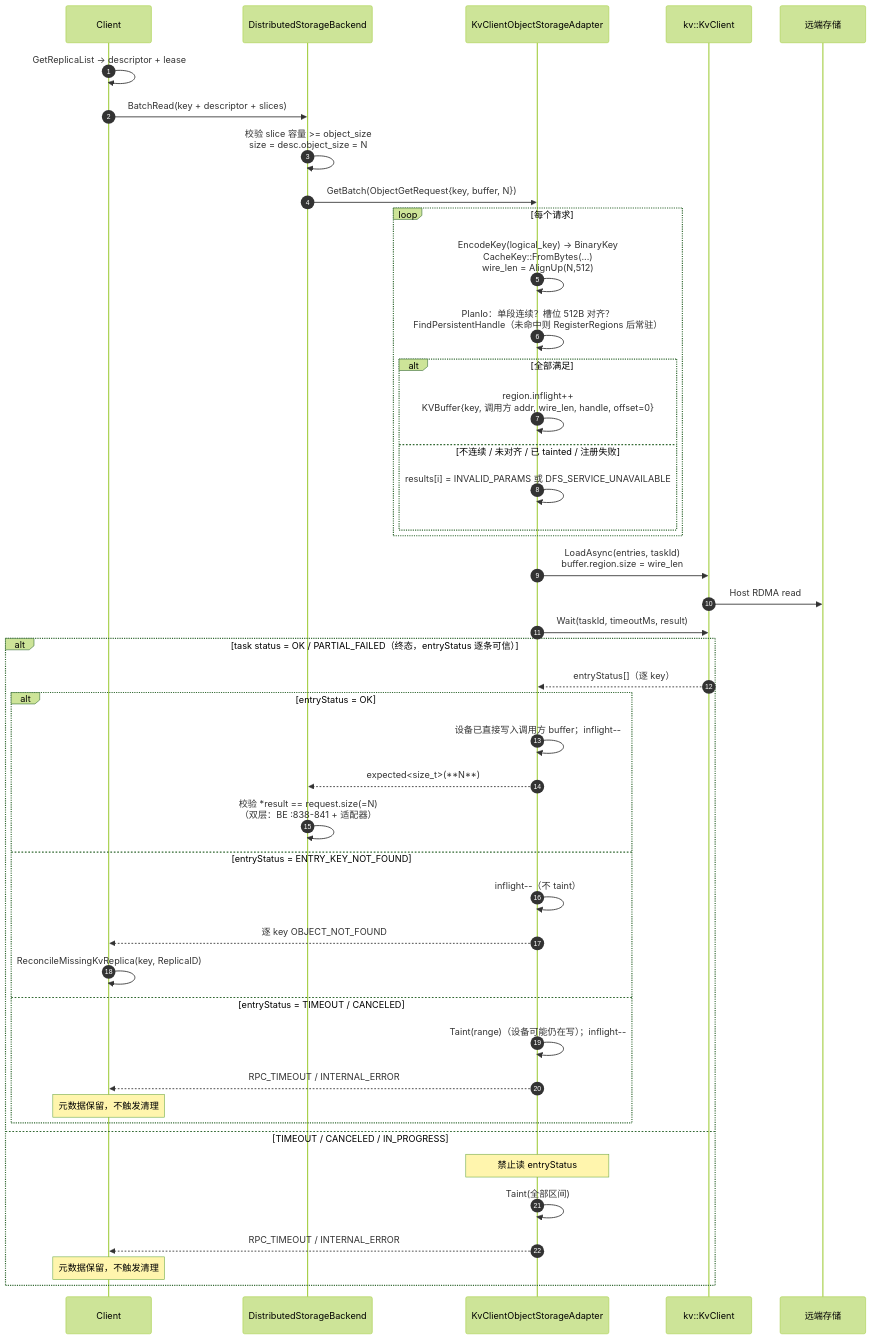
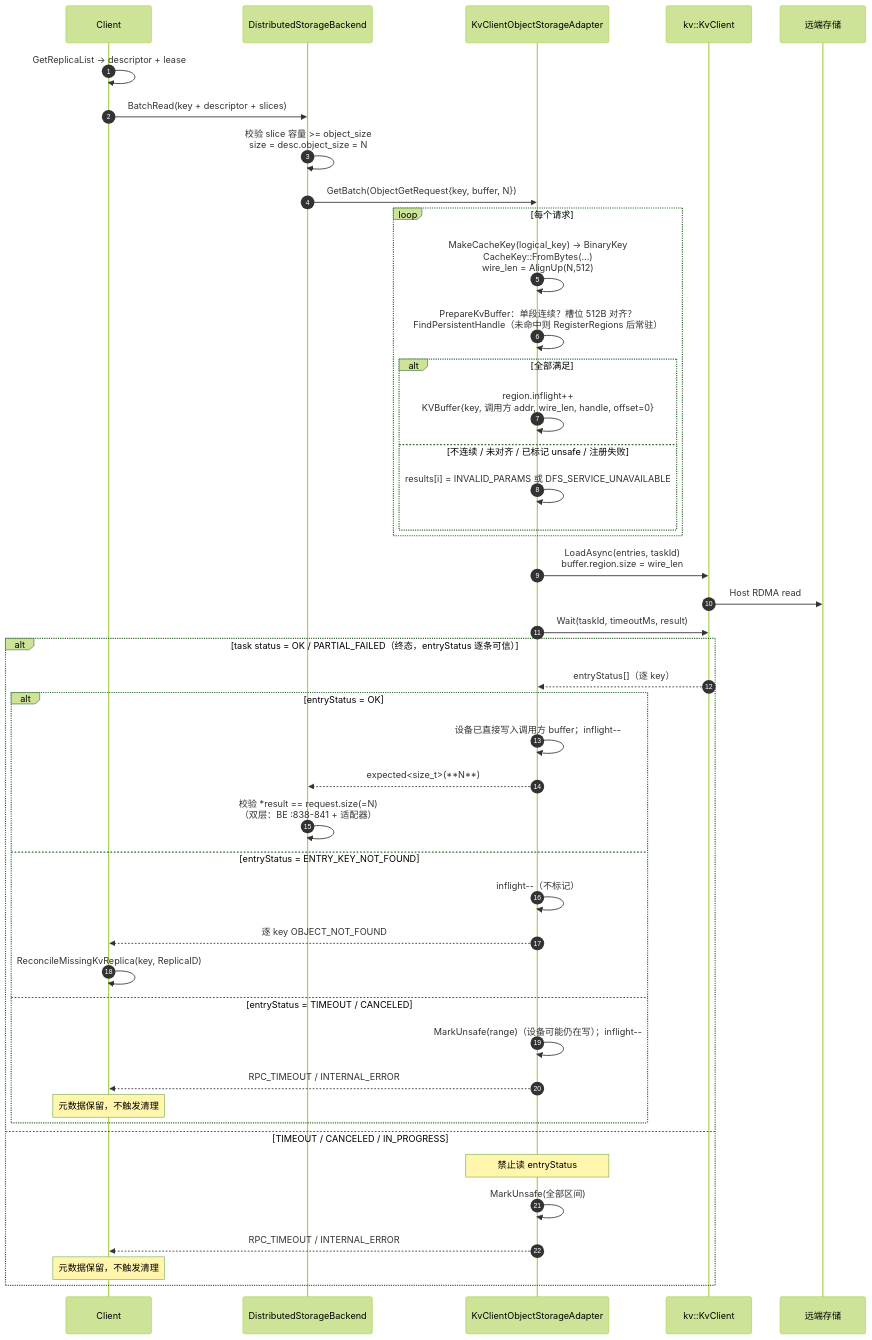
Before and after one commit to zwj20000328-dotcom/Mooncake-documents: the tenth of 13 diagrams in Mooncake + KVClient L3 接入（Kvcs）- v3.md, drawn with Mermaid (forest theme). The commit also changed other lines of this file, not shown here.

First line of the commit message:
docs: align adapter naming with ASUStore vocabulary

````diff
--- a/Mooncake + KVClient L3 接入（Kvcs）- v3.md
+++ b/Mooncake + KVClient L3 接入（Kvcs）- v3.md
@@ -638,47 +638,47 @@
 ```mermaid
 sequenceDiagram
     autonumber
     participant C as Client
     participant BE as DistributedStorageBackend
     participant AD as KvClientObjectStorageAdapter
     participant SDK as kv::KvClient
     participant S as 远端存储
 
     C->>C: GetReplicaList → descriptor + lease
     C->>BE: BatchRead(key + descriptor + slices)
     BE->>BE: 校验 slice 容量 >= object_size<br/>size = desc.object_size = N
     BE->>AD: GetBatch(ObjectGetRequest{key, buffer, N})
     loop 每个请求
-        AD->>AD: EncodeKey(logical_key) → BinaryKey<br/>CacheKey::FromBytes(...)<br/>wire_len = AlignUp(N,512)
-        AD->>AD: PlanIo：单段连续？槽位 512B 对齐？<br/>FindPersistentHandle（未命中则 RegisterRegions 后常驻）
+        AD->>AD: MakeCacheKey(logical_key) → BinaryKey<br/>CacheKey::FromBytes(...)<br/>wire_len = AlignUp(N,512)
+        AD->>AD: PrepareKvBuffer：单段连续？槽位 512B 对齐？<br/>FindPersistentHandle（未命中则 RegisterRegions 后常驻）
         alt 全部满足
             AD->>AD: region.inflight++<br/>KVBuffer{key, 调用方 addr, wire_len, handle, offset=0}
-        else 不连续 / 未对齐 / 已 tainted / 注册失败
+        else 不连续 / 未对齐 / 已标记 unsafe / 注册失败
             AD->>AD: results[i] = INVALID_PARAMS 或 DFS_SERVICE_UNAVAILABLE
         end
     end
     AD->>SDK: LoadAsync(entries, taskId)<br/>buffer.region.size = wire_len
     SDK->>S: Host RDMA read
     AD->>SDK: Wait(taskId, timeoutMs, result)
     alt task status = OK / PARTIAL_FAILED（终态，entryStatus 逐条可信）
         SDK-->>AD: entryStatus[]（逐 key）
         alt entryStatus = OK
             AD->>AD: 设备已直接写入调用方 buffer；inflight--
             AD-->>BE: expected<size_t>(**N**)
             BE->>BE: 校验 *result == request.size(=N)<br/>（双层：BE :838-841 + 适配器）
         else entryStatus = ENTRY_KEY_NOT_FOUND
-            AD->>AD: inflight--（不 taint）
+            AD->>AD: inflight--（不标记）
             AD-->>C: 逐 key OBJECT_NOT_FOUND
             C->>C: ReconcileMissingKvReplica(key, ReplicaID)
         else entryStatus = TIMEOUT / CANCELED
-            AD->>AD: Taint(range)（设备可能仍在写）；inflight--
+            AD->>AD: MarkUnsafe(range)（设备可能仍在写）；inflight--
             AD-->>C: RPC_TIMEOUT / INTERNAL_ERROR
             Note over C: 元数据保留，不触发清理
         end
     else TIMEOUT / CANCELED / IN_PROGRESS
         Note over AD: 禁止读 entryStatus
-        AD->>AD: Taint(全部区间)
+        AD->>AD: MarkUnsafe(全部区间)
         AD-->>C: RPC_TIMEOUT / INTERNAL_ERROR
         Note over C: 元数据保留，不触发清理
     end
 ```
````
